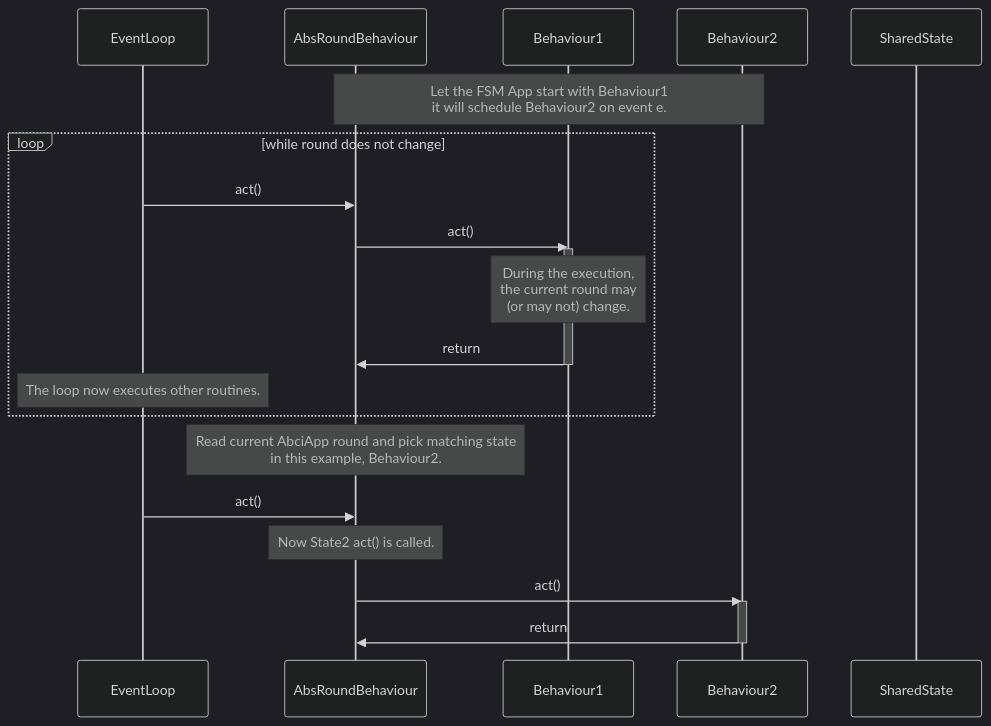
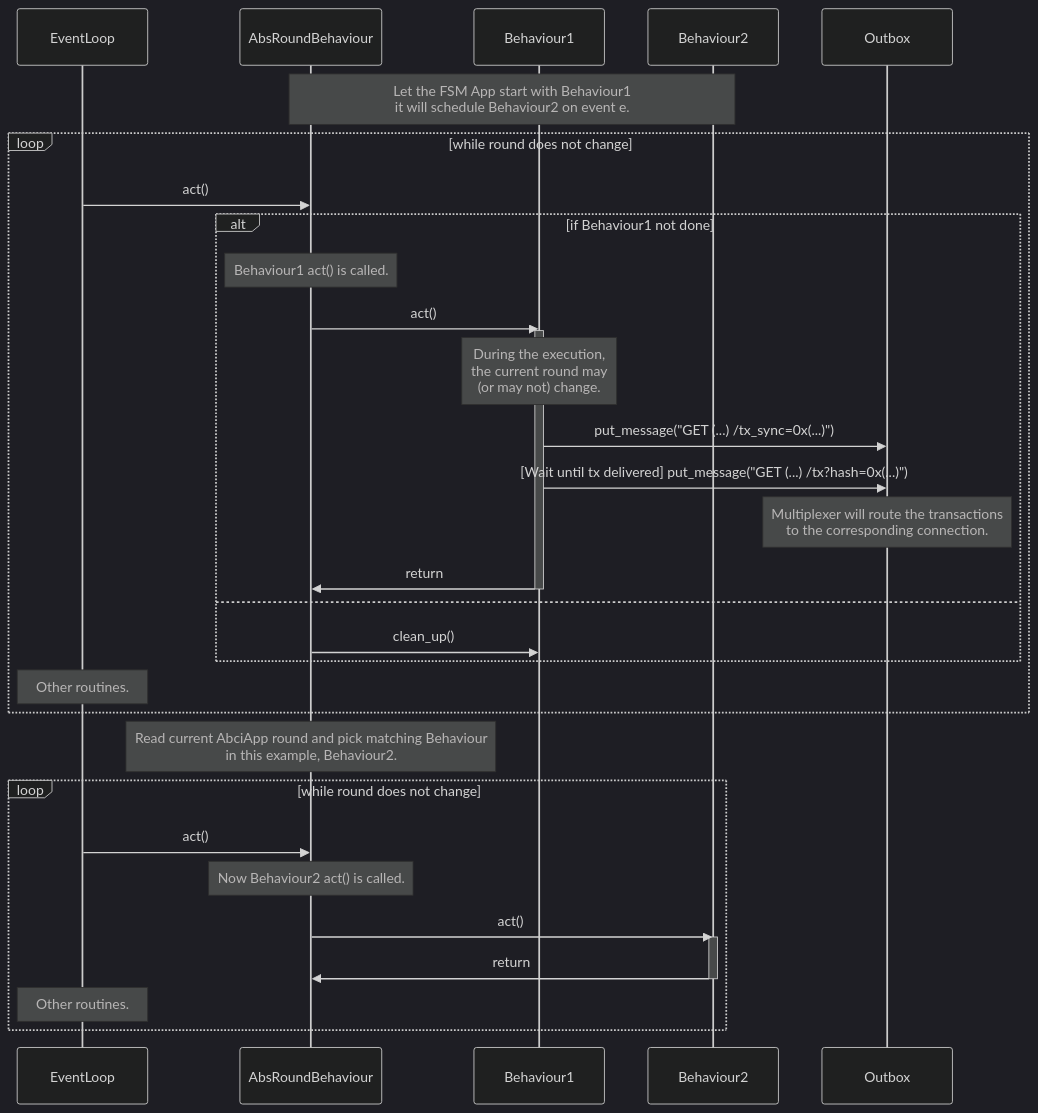
Before and after one commit to valory-xyz/open-autonomy: the first of 3 diagrams in docs/abci_app_interactions.md, drawn with Mermaid (dark theme). The commit also changed other lines of this file, not shown here.

Commit message:
Updated message diagrams.

```diff
--- a/docs/abci_app_interactions.md
+++ b/docs/abci_app_interactions.md
@@ -51,25 +51,37 @@
 <div class="mermaid">
     sequenceDiagram
         participant EventLoop
         participant AbsRoundBehaviour
         participant Behaviour1
         participant Behaviour2
-        participant SharedState
+        participant Outbox
         note over AbsRoundBehaviour,Behaviour2: Let the FSM App start with Behaviour1<br/>it will schedule Behaviour2 on event e.
         loop while round does not change
           EventLoop->>AbsRoundBehaviour: act()
-          AbsRoundBehaviour->>Behaviour1: act()
-          activate Behaviour1
-          note over Behaviour1: During the execution, <br/> the current round may<br/>(or may not) change.
-          Behaviour1->>AbsRoundBehaviour: return
-          deactivate Behaviour1
-          note over EventLoop: The loop now executes other routines.
+          alt if Behaviour1 not done
+            note over AbsRoundBehaviour: Behaviour1 act() is called.
+            AbsRoundBehaviour->>Behaviour1: act()
+            activate Behaviour1
+            note over Behaviour1: During the execution, <br/> the current round may<br/>(or may not) change.
+            Behaviour1->>Outbox: put_message("GET (...) /tx_sync=0x(...)")
+            Behaviour1->>Outbox: [Wait until tx delivered] put_message("GET (...) /tx?hash=0x(...)")
+            note over Outbox: Multiplexer will route the transactions<br/>to the corresponding connection.
+            Behaviour1->>AbsRoundBehaviour: return
+            deactivate Behaviour1
+          else
+            AbsRoundBehaviour->>Behaviour1: clean_up()
+          end
+          note over EventLoop: Other routines.
         end
-        note over AbsRoundBehaviour: Read current AbciApp round and pick matching state<br/>in this example, Behaviour2.
+        note over AbsRoundBehaviour: Read current AbciApp round and pick matching Behaviour<br/>in this example, Behaviour2.
+        loop while round does not change
         EventLoop->>AbsRoundBehaviour: act()
-        note over AbsRoundBehaviour: Now State2 act() is called.
+
+        note over AbsRoundBehaviour: Now Behaviour2 act() is called.
         AbsRoundBehaviour->>Behaviour2: act()
         activate Behaviour2
         Behaviour2->>AbsRoundBehaviour: return
         deactivate Behaviour2
+        note over EventLoop: Other routines.        
+        end
 </div>
```
